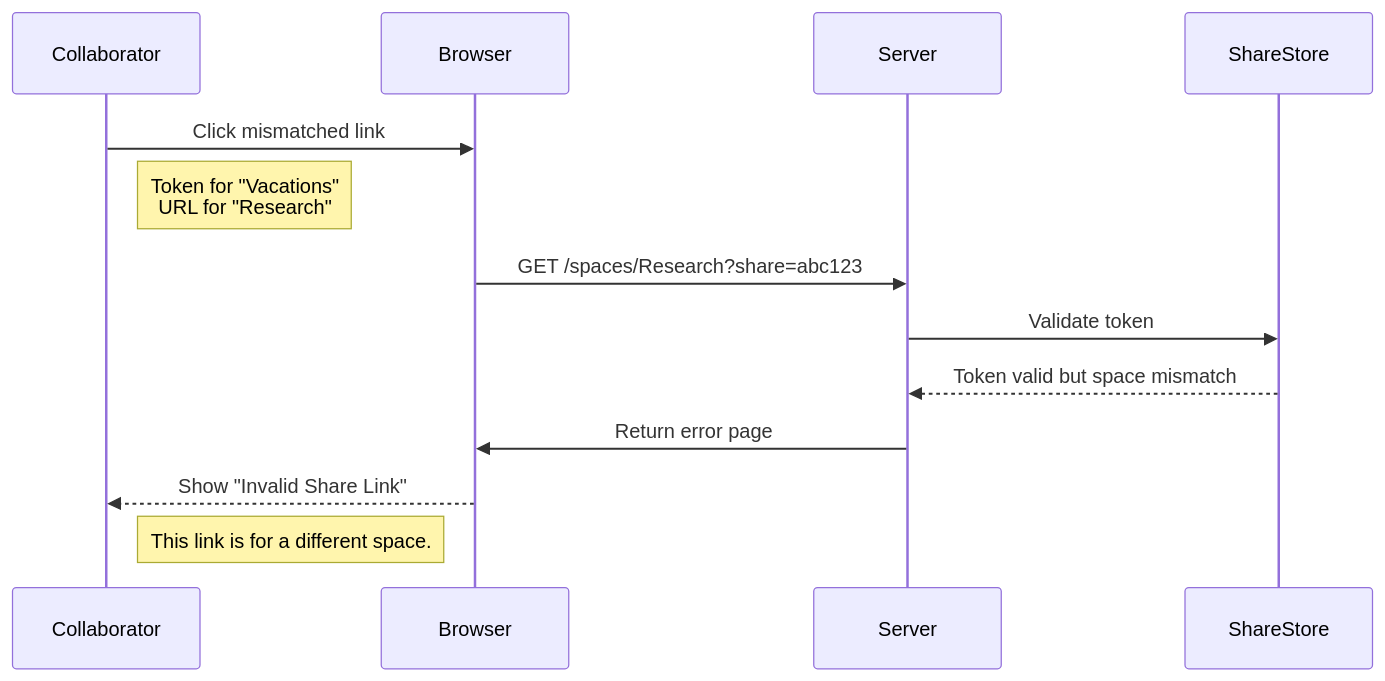
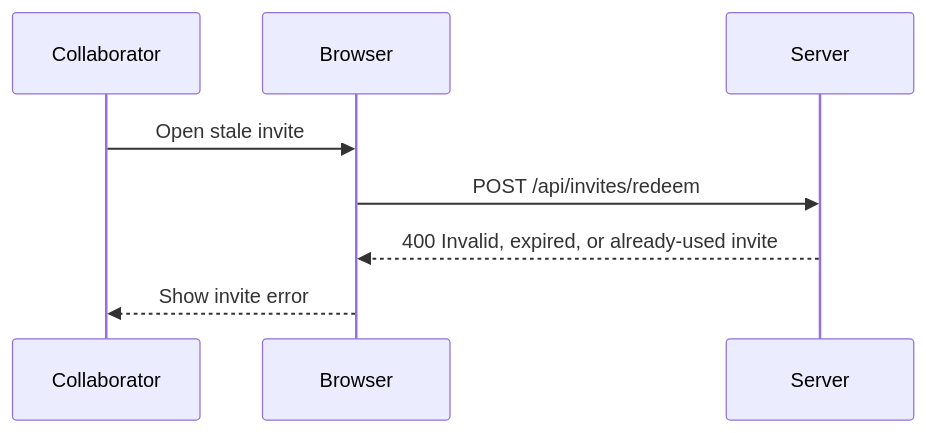
Before and after one commit to jchadwick/ai-spaces: the third of 5 diagrams in docs/flows/03-collaborator-access.md, drawn with Mermaid. The commit also changed other lines of this file and 21 other files, not shown here.

````diff
--- a/docs/flows/03-collaborator-access.md
+++ b/docs/flows/03-collaborator-access.md
@@ -63,16 +61,11 @@
 ```mermaid
 sequenceDiagram
     participant Collaborator
     participant Browser
     participant Server
-    participant ShareStore
-    
-    Collaborator->>Browser: Click mismatched link
-    Note right of Collaborator: Token for "Vacations"<br/>URL for "Research"
-    Browser->>Server: GET /spaces/Research?share=abc123
-    Server->>ShareStore: Validate token
-    ShareStore-->>Server: Token valid but space mismatch
-    Server->>Browser: Return error page
-    Browser-->>Collaborator: Show "Invalid Share Link"
-    Note right of Collaborator: This link is for a different space.
+
+    Collaborator->>Browser: Open stale invite
+    Browser->>Server: POST /api/invites/redeem
+    Server-->>Browser: 400 Invalid, expired, or already-used invite
+    Browser-->>Collaborator: Show invite error
 ```
````
